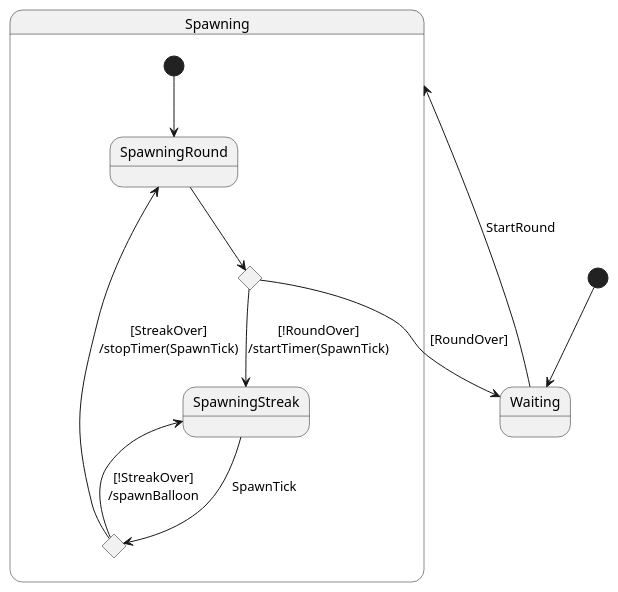
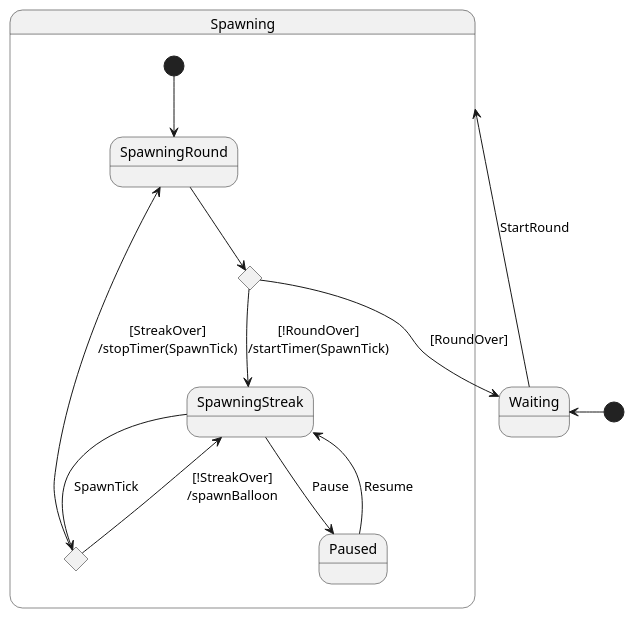
The diagram in doc/plantuml/state-spawn-manager.puml (SimoneRomagnoli/pps-popit), drawn with PlantUML before and after one commit.

Commit message:
Add paused state

```diff
--- a/doc/plantuml/state-spawn-manager.puml
+++ b/doc/plantuml/state-spawn-manager.puml
@@ -1,25 +1,29 @@
 @startuml
 
 state Waiting {
 }
 
 state Spawning {
     [*] --> SpawningRound
     state SpawningRound {
     }
     state SpawningStreak {
     }
+    state Paused {
+    }
     state c <<choice>>
     state d <<choice>>
 }
 
-[*] --> Waiting
+[*] -left-> Waiting
 Waiting --> Spawning : StartRound
 SpawningRound --> c
 c --> Waiting : [RoundOver]
 c --> SpawningStreak : [!RoundOver]\n/startTimer(SpawnTick)
 SpawningStreak --> d : SpawnTick
 d --> SpawningStreak : [!StreakOver]\n/spawnBalloon
 d --> SpawningRound : [StreakOver]\n/stopTimer(SpawnTick)
+SpawningStreak --> Paused : Pause
+Paused --> SpawningStreak : Resume
 
 @enduml
```
